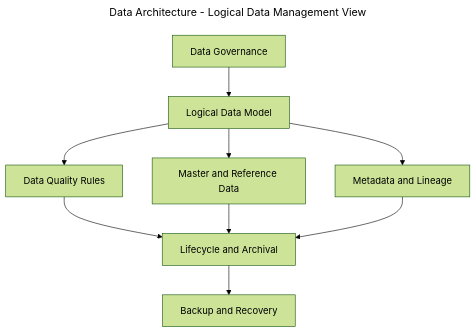
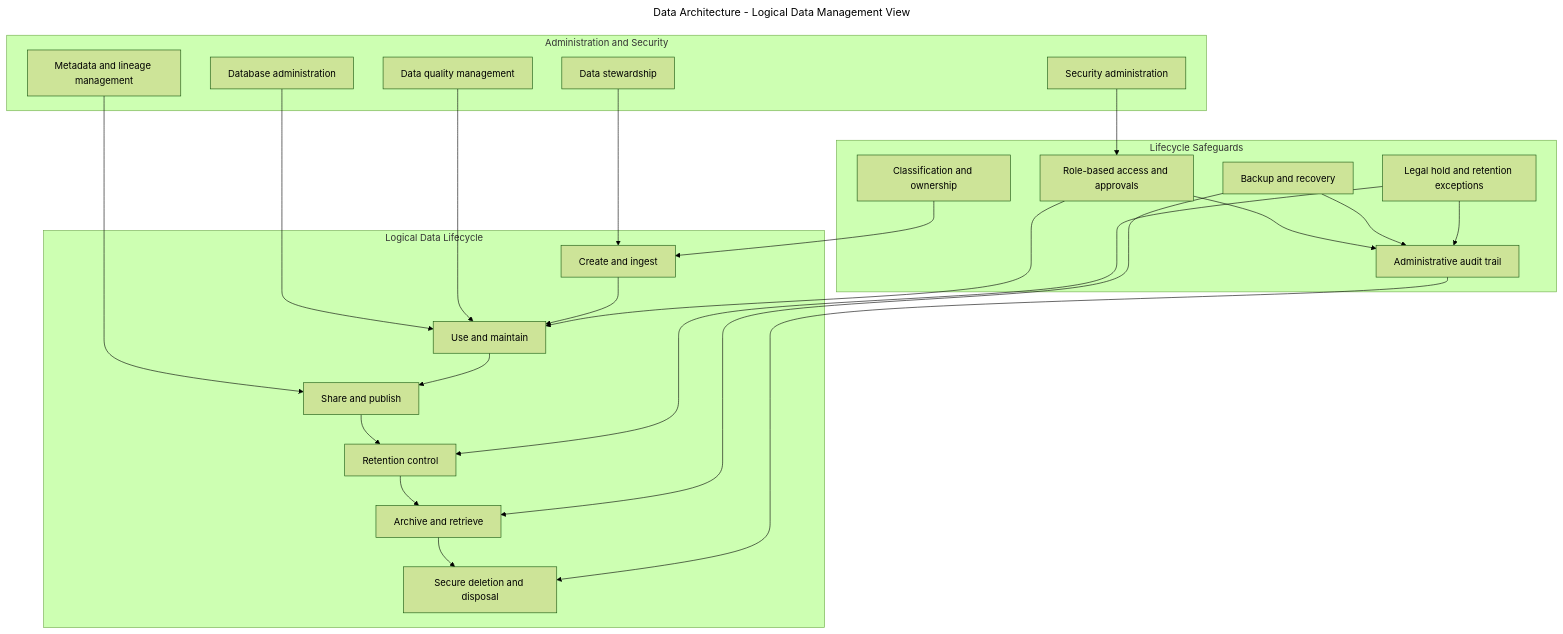
Before and after one commit to LewisCM14/django_auth: the tenth of 27 diagrams in docs/templates.md, drawn with Mermaid (forest theme). The commit also changed other lines of this file, not shown here.

Commit message:
update template diagrams

````diff
--- a/docs/templates.md
+++ b/docs/templates.md
@@ -256,22 +383,45 @@
 ```mermaid
 ---
 title: Data Architecture - Logical Data Management View
 ---
 flowchart TB
-	Governance[Data Governance]
-	Model[Logical Data Model]
-	Quality[Data Quality Rules]
-	Master[Master and Reference Data]
-	Metadata[Metadata and Lineage]
-	Lifecycle[Lifecycle and Archival]
-	Recovery[Backup and Recovery]
+	subgraph Administration[Administration and Security]
+		Steward[Data stewardship]
+		DBA[Database administration]
+		SecAdmin[Security administration]
+		Meta[Metadata and lineage management]
+		Quality[Data quality management]
+	end
 
-	Governance --> Model
-	Model --> Quality
-	Model --> Master
-	Model --> Metadata
-	Quality --> Lifecycle
-	Master --> Lifecycle
-	Metadata --> Lifecycle
-	Lifecycle --> Recovery
+	subgraph Lifecycle[Logical Data Lifecycle]
+		Create[Create and ingest]
+		Use[Use and maintain]
+		Share[Share and publish]
+		Retain[Retention control]
+		Archive[Archive and retrieve]
+		Delete[Secure deletion and disposal]
+	end
+
+	subgraph Safeguards[Lifecycle Safeguards]
+		Classify[Classification and ownership]
+		Access[Role-based access and approvals]
+		Backup[Backup and recovery]
+		Legal[Legal hold and retention exceptions]
+		Audit[Administrative audit trail]
+	end
+
+	Steward --> Create
+	DBA --> Use
+	SecAdmin --> Access
+	Meta --> Share
+	Quality --> Use
+	Create --> Use --> Share --> Retain --> Archive --> Delete
+	Classify --> Create
+	Access --> Use
+	Backup --> Archive
+	Legal --> Retain
+	Audit --> Delete
+	Access --> Audit
+	Backup --> Audit
+	Legal --> Audit
 ```
````
